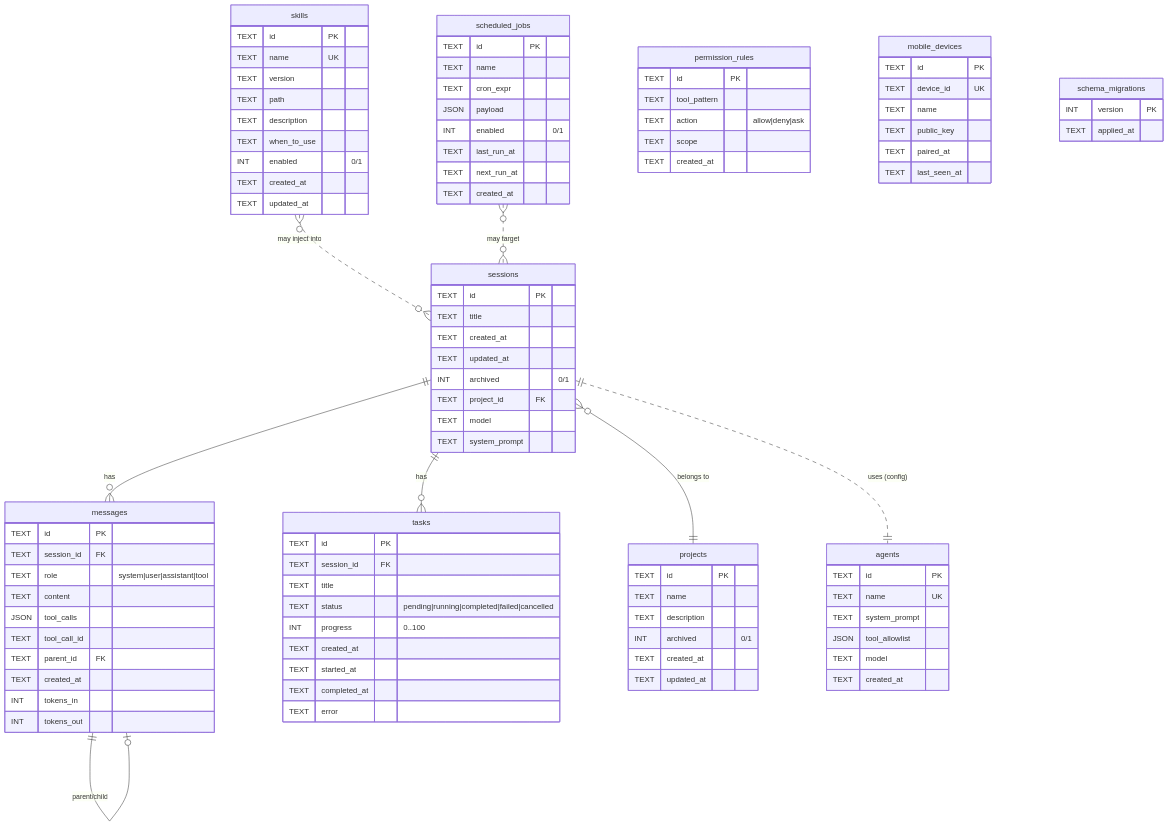
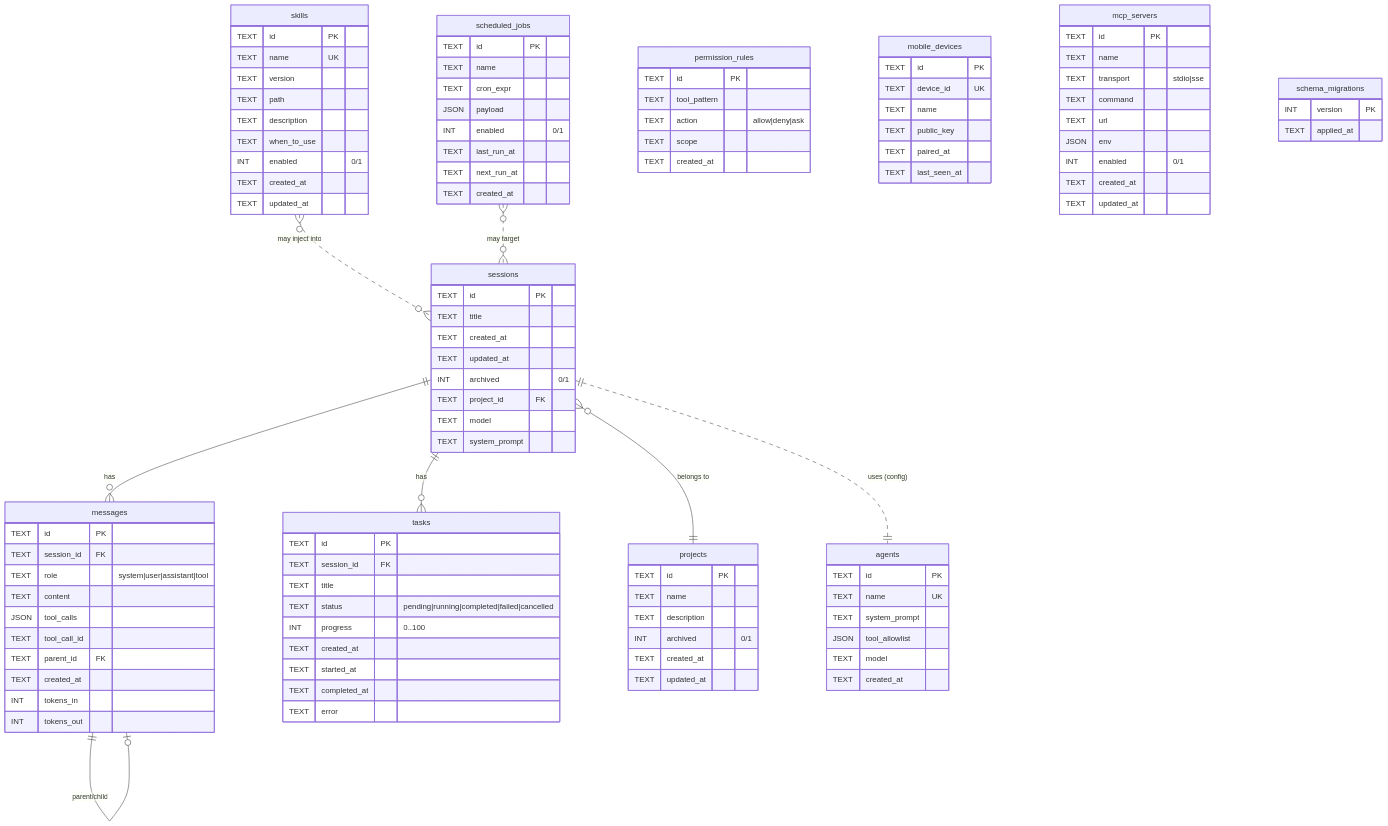
The diagram in docs/storage-schema.md (happywht/minimax-code), drawn with Mermaid before and after one commit. The commit also changed other lines of this file and 15 other files, not shown here.

```diff
--- a/docs/storage-schema.md
+++ b/docs/storage-schema.md
@@ -110,6 +110,17 @@
         TEXT paired_at
         TEXT last_seen_at
     }
+    mcp_servers {
+        TEXT id PK
+        TEXT name
+        TEXT transport "stdio|sse"
+        TEXT command
+        TEXT url
+        JSON env
+        INT  enabled "0/1"
+        TEXT created_at
+        TEXT updated_at
+    }
     schema_migrations {
         INT  version PK
         TEXT applied_at
```
